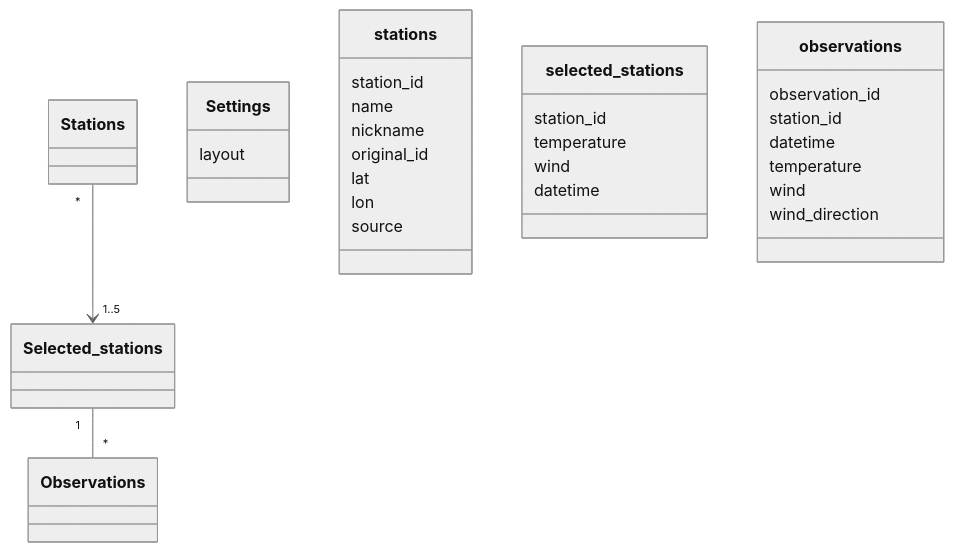
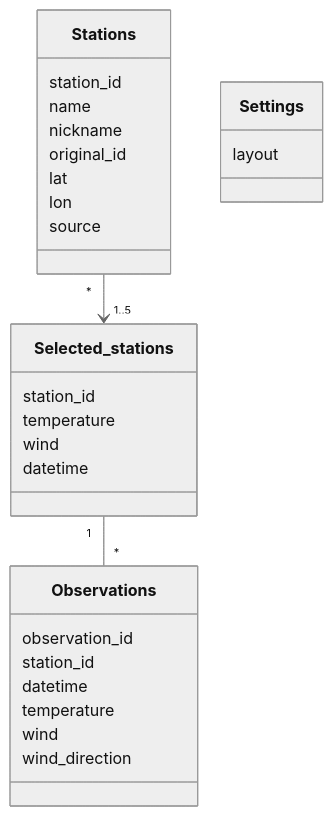
Before and after one commit to mcpaulafi/ot-harjoitustyo: the second of 5 diagrams in dokumentaatio/architecture.md, drawn with Mermaid (neutral theme). The commit also changed other lines of this file and 3 other files, not shown here.

````diff
--- a/dokumentaatio/architecture.md
+++ b/dokumentaatio/architecture.md
@@ -70,32 +74,31 @@
 ```mermaid
  classDiagram
     Stations "*" --> "1..5" Selected_stations
     Selected_stations "1" -- "*" Observations
-    class Settings {
-        layout
-    }
-    class stations {
+    class Stations {
         station_id
         name
         nickname
         original_id
         lat
         lon
         source
     }
-    class selected_stations {
+    class Selected_stations {
         station_id
         temperature
         wind
         datetime
     }
-    class observations {
+    class Observations {
         observation_id
         station_id
         datetime
         temperature
         wind
         wind_direction
     }
-
+    class Settings {
+        layout
+    }
 ```
````
